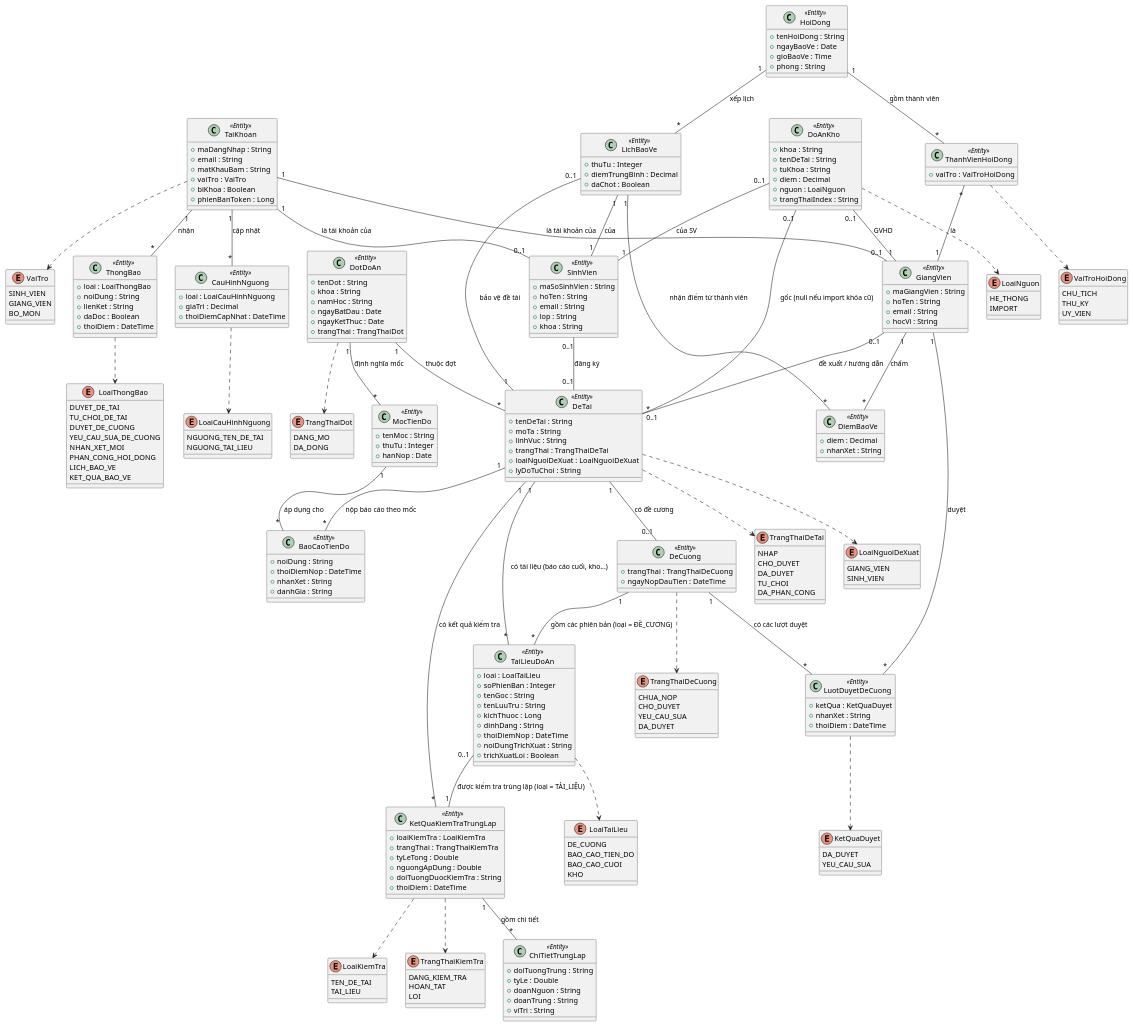
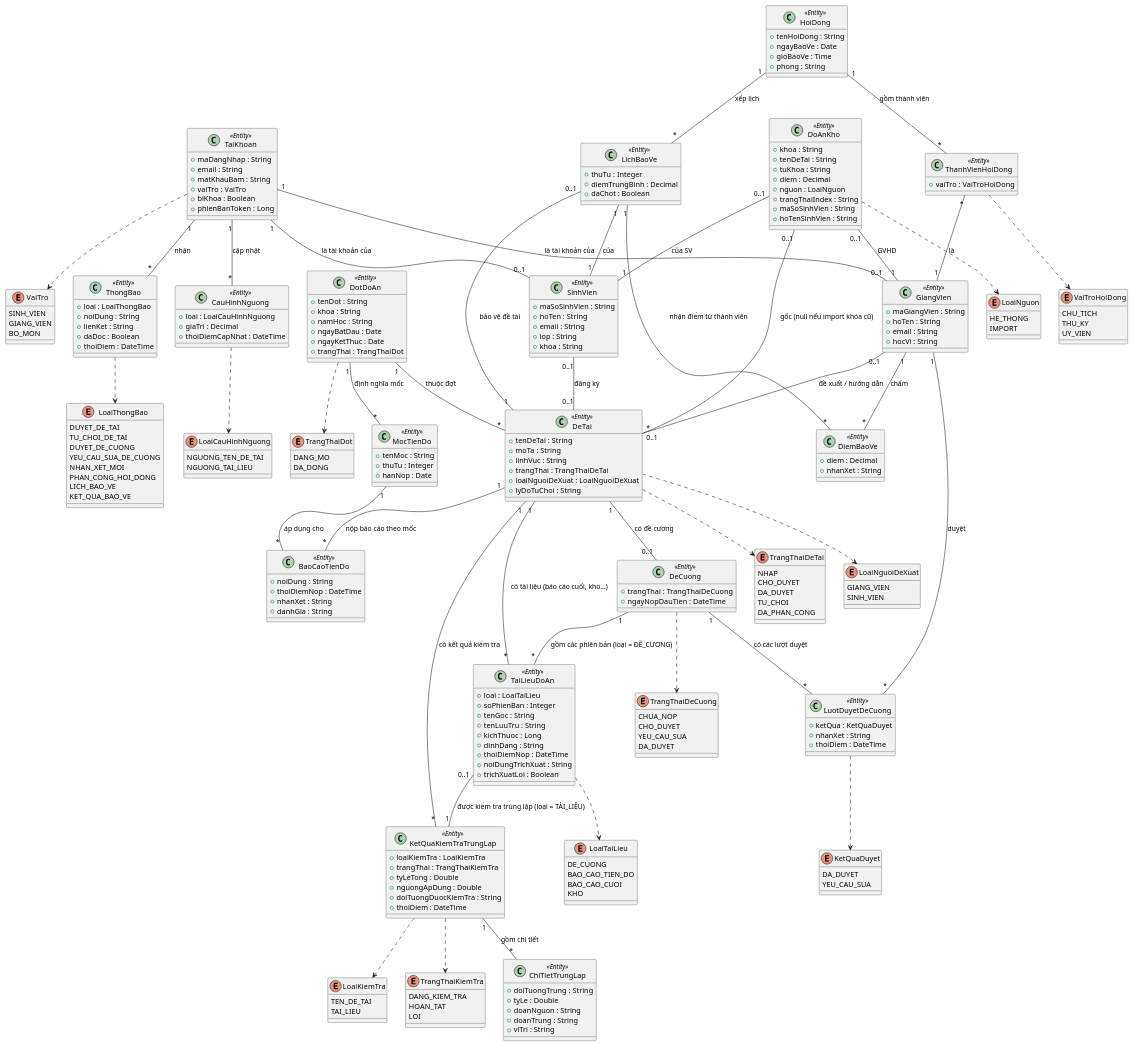
The diagram in docs/chuong-3-thiet-ke/so-do-lop/lop-thuc-the.puml (dtc235200036-alt/ICTU-DATN-NguyenThiMaiAnh), drawn with PlantUML before and after one commit. The commit also changed 15 other files, not shown here.

```diff
--- a/docs/chuong-3-thiet-ke/so-do-lop/lop-thuc-the.puml
+++ b/docs/chuong-3-thiet-ke/so-do-lop/lop-thuc-the.puml
@@ -225,6 +225,8 @@
   +diem : Decimal
   +nguon : LoaiNguon
   +trangThaiIndex : String
+  +maSoSinhVien : String
+  +hoTenSinhVien : String
 }
 
 class ThongBao <<Entity>> {
```
